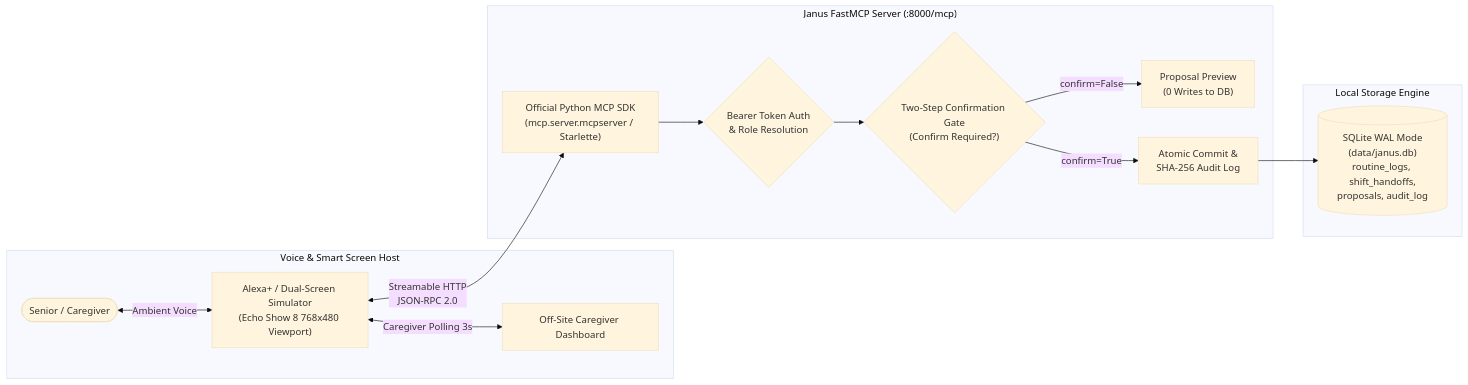
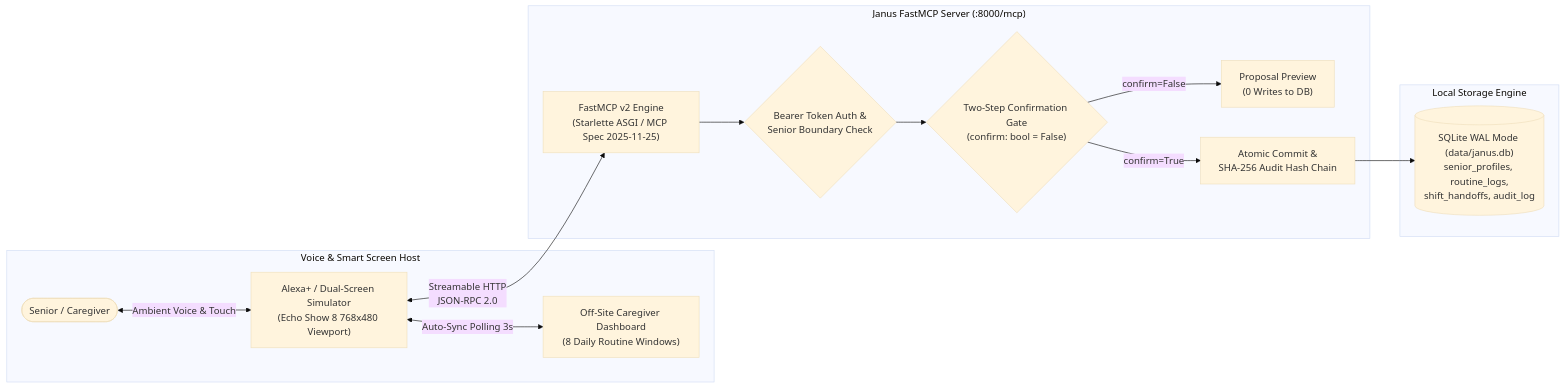
One commit to anshkumarraix-dev/JANUS-ARC changed the diagram in README.md. Above: the diagram before and after it, drawn with Mermaid (base theme). The commit also changed other lines of this file, not shown here.

Commit message:
docs: expand README with detailed architecture, MCP tools, and setup guide

````diff
--- a/README.md
+++ b/README.md
@@ -22,19 +44,19 @@
 ```mermaid
 flowchart LR
     subgraph Host ["Voice & Smart Screen Host"]
-        User(["Senior / Caregiver"]) <-->|Ambient Voice| Alexa["Alexa+ / Dual-Screen Simulator\n(Echo Show 8 768x480 Viewport)"]
-        Alexa <-->|Caregiver Polling 3s| CaregiverDash["Off-Site Caregiver Dashboard"]
+        User(["Senior / Caregiver"]) <-->|Ambient Voice & Touch| Alexa["Alexa+ / Dual-Screen Simulator\n(Echo Show 8 768x480 Viewport)"]
+        Alexa <-->|Auto-Sync Polling 3s| CaregiverDash["Off-Site Caregiver Dashboard\n(8 Daily Routine Windows)"]
     end
 
     subgraph MCP ["Janus FastMCP Server (:8000/mcp)"]
-        Alexa <-->|Streamable HTTP\nJSON-RPC 2.0| Engine["Official Python MCP SDK\n(mcp.server.mcpserver / Starlette)"]
-        Engine --> Auth{"Bearer Token Auth\n& Role Resolution"}
-        Auth --> Gate{"Two-Step Confirmation Gate\n(Confirm Required?)"}
+        Alexa <-->|Streamable HTTP\nJSON-RPC 2.0| Engine["FastMCP v2 Engine\n(Starlette ASGI / MCP Spec 2025-11-25)"]
+        Engine --> Auth{"Bearer Token Auth &\nSenior Boundary Check"}
+        Auth --> Gate{"Two-Step Confirmation Gate\n(confirm: bool = False)"}
         Gate -->|confirm=False| Preview["Proposal Preview\n(0 Writes to DB)"]
-        Gate -->|confirm=True| Commit["Atomic Commit &\nSHA-256 Audit Log"]
+        Gate -->|confirm=True| Commit["Atomic Commit &\nSHA-256 Audit Hash Chain"]
     end
 
     subgraph Storage ["Local Storage Engine"]
-        Commit --> DB[("SQLite WAL Mode\n(data/janus.db)\nroutine_logs, shift_handoffs,\nproposals, audit_log")]
+        Commit --> DB[("SQLite WAL Mode (data/janus.db)\nsenior_profiles, routine_logs,\nshift_handoffs, audit_log")]
     end
 ```
````
